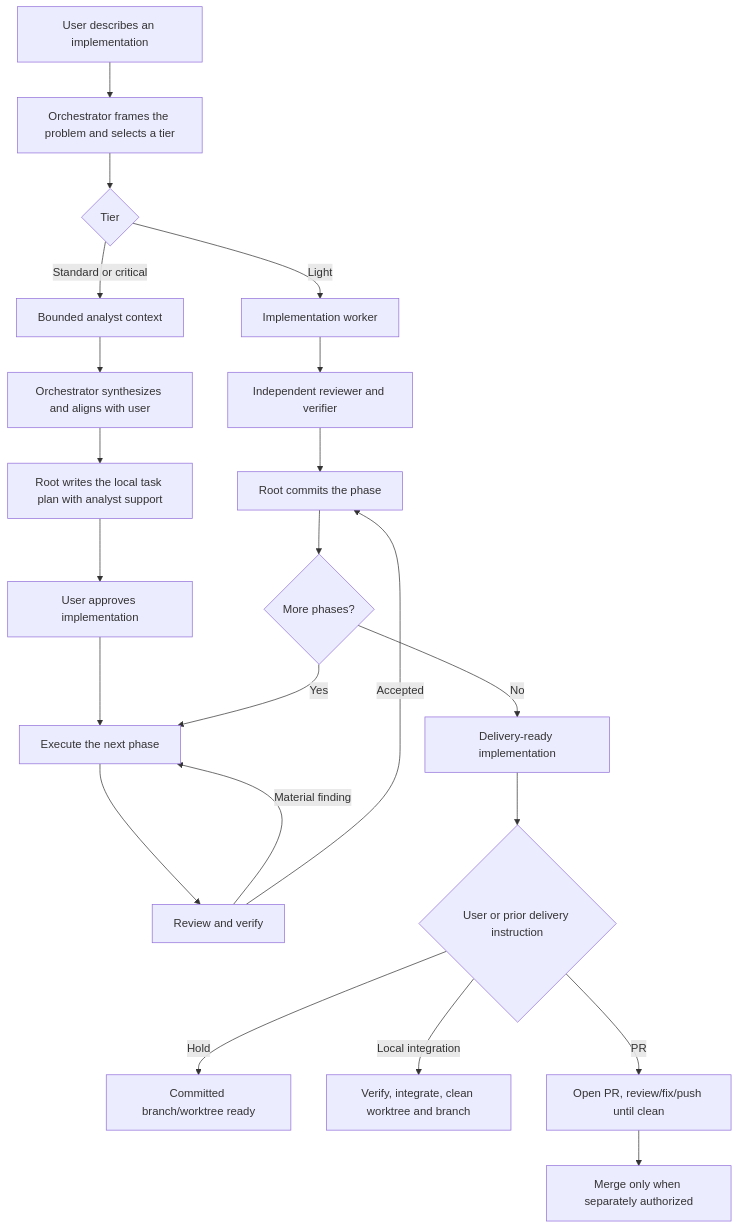
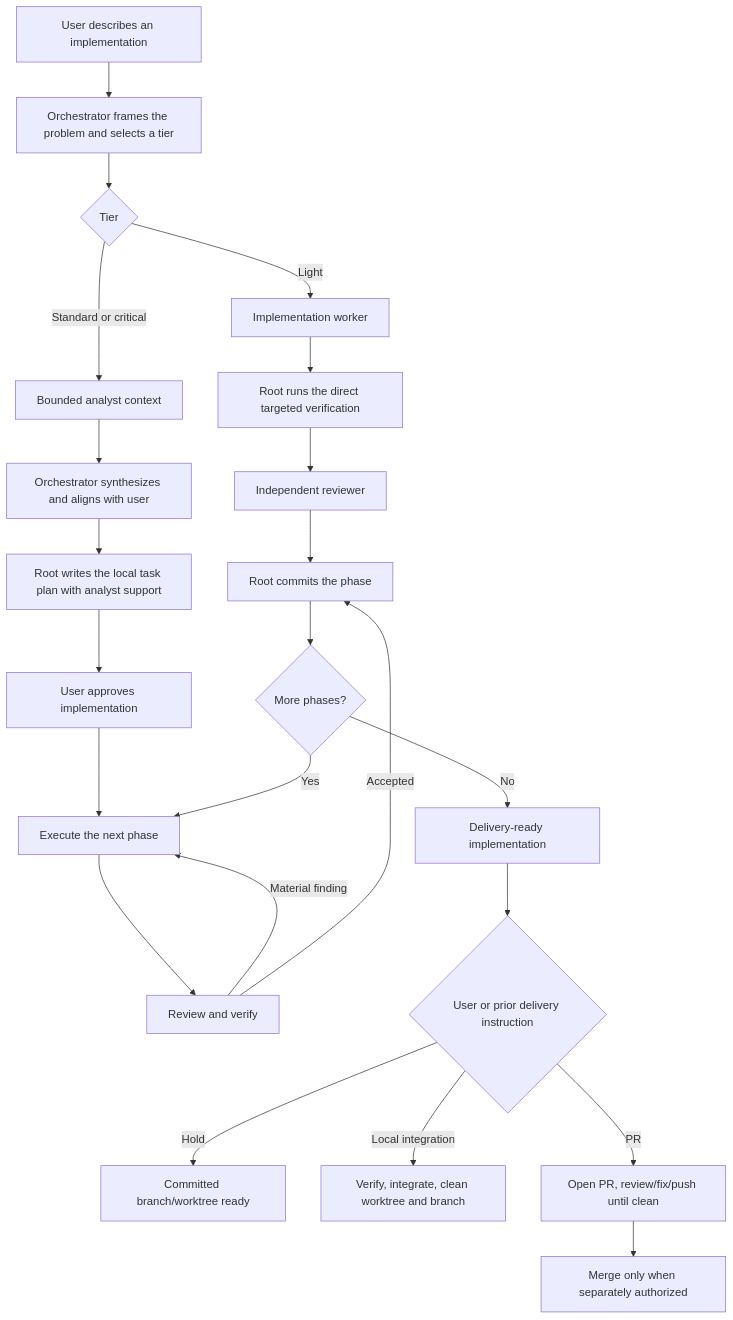
Before and after one commit to FranciscoJSBarragan/Orchestra: the diagram in docs/WORKFLOW.md, drawn with Mermaid. The commit also changed other lines of this file and 8 other files, not shown here.

````diff
--- a/docs/WORKFLOW.md
+++ b/docs/WORKFLOW.md
@@ -5,24 +5,25 @@
 ```mermaid
 flowchart TD
     U["User describes an implementation"] --> O["Orchestrator frames the problem and selects a tier"]
     O --> L{"Tier"}
     L -->|"Light"| LW["Implementation worker"]
-    LW --> LR["Independent reviewer and verifier"]
+    LW --> RV["Root runs the direct targeted verification"]
+    RV --> LR["Independent reviewer"]
     L -->|"Standard or critical"| C["Bounded analyst context"]
     C --> S["Orchestrator synthesizes and aligns with user"]
     S --> P["Root writes the local task plan with analyst support"]
     P --> A["User approves implementation"]
     A --> F["Execute the next phase"]
     F --> R["Review and verify"]
     R -->|"Material finding"| F
     R -->|"Accepted"| M["Root commits the phase"]
     M --> N{"More phases?"}
     N -->|"Yes"| F
     N -->|"No"| D["Delivery-ready implementation"]
     LR --> M
     D --> H{"User or prior delivery instruction"}
     H -->|"Hold"| X["Committed branch/worktree ready"]
     H -->|"Local integration"| LI["Verify, integrate, clean worktree and branch"]
     H -->|"PR"| PR["Open PR, review/fix/push until clean"]
     PR --> PM["Merge only when separately authorized"]
 ```
````
